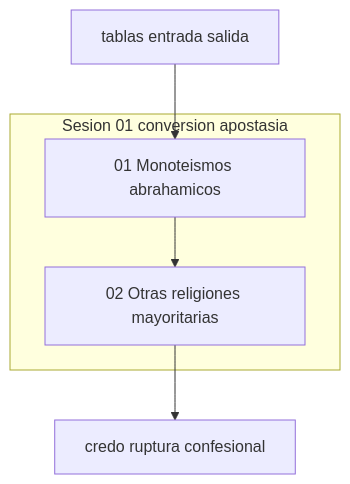
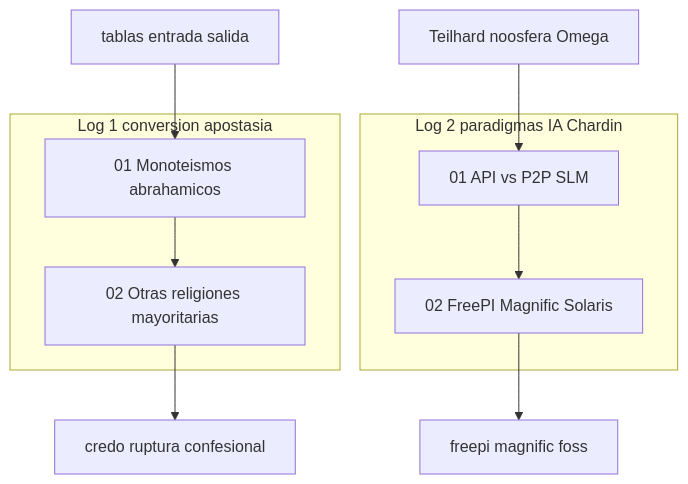
One commit to alephscriptorium-eng/network-engine changed the diagram in engines/engine-model-D/INDICE.md. Above: the diagram before and after it, drawn with Mermaid. The commit also changed other lines of this file and 20 other files, not shown here.

````diff
--- a/engines/engine-model-D/INDICE.md
+++ b/engines/engine-model-D/INDICE.md
@@ -27,10 +34,17 @@
 ```mermaid
 flowchart TB
-  subgraph d01 [Sesion 01 conversion apostasia]
+  subgraph log1 [Log 1 conversion apostasia]
     A1[01 Monoteismos abrahamicos]
     A2[02 Otras religiones mayoritarias]
     A1 --> A2
   end
+  subgraph log2 [Log 2 paradigmas IA Chardin]
+    B1[01 API vs P2P SLM]
+    B2[02 FreePI Magnific Solaris]
+    B1 --> B2
+  end
   Prompt[tablas entrada salida] --> A1
   A2 --> Credos[credo ruptura confesional]
+  Chardin[Teilhard noosfera Omega] --> B1
+  B2 --> FOSS[freepi magnific foss]
 ```
````
